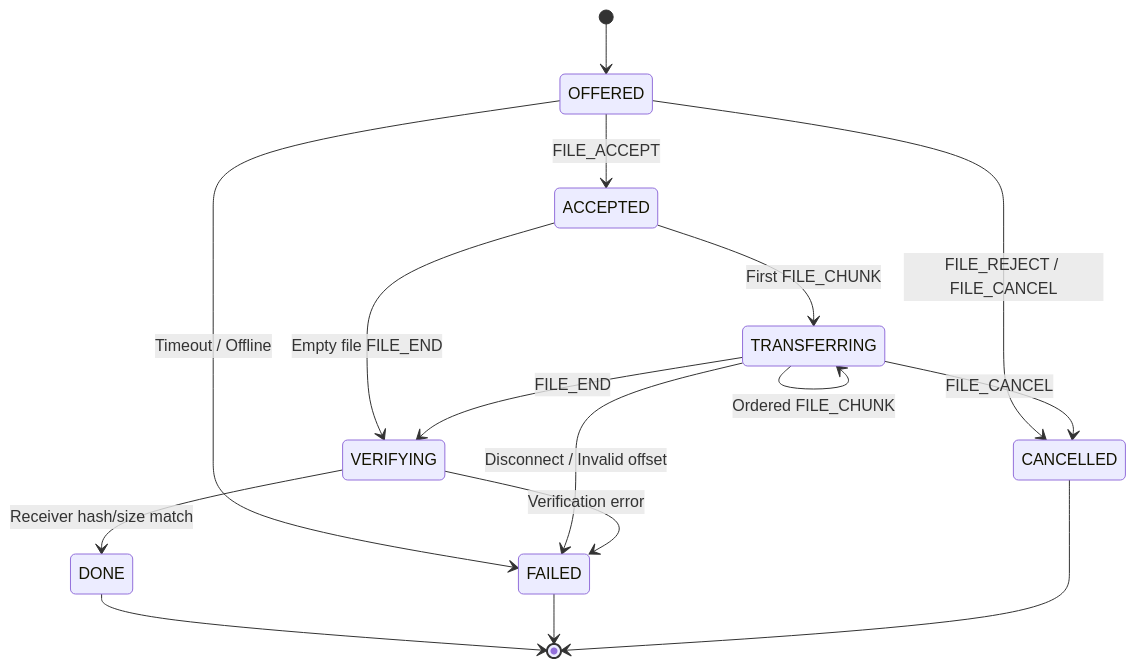
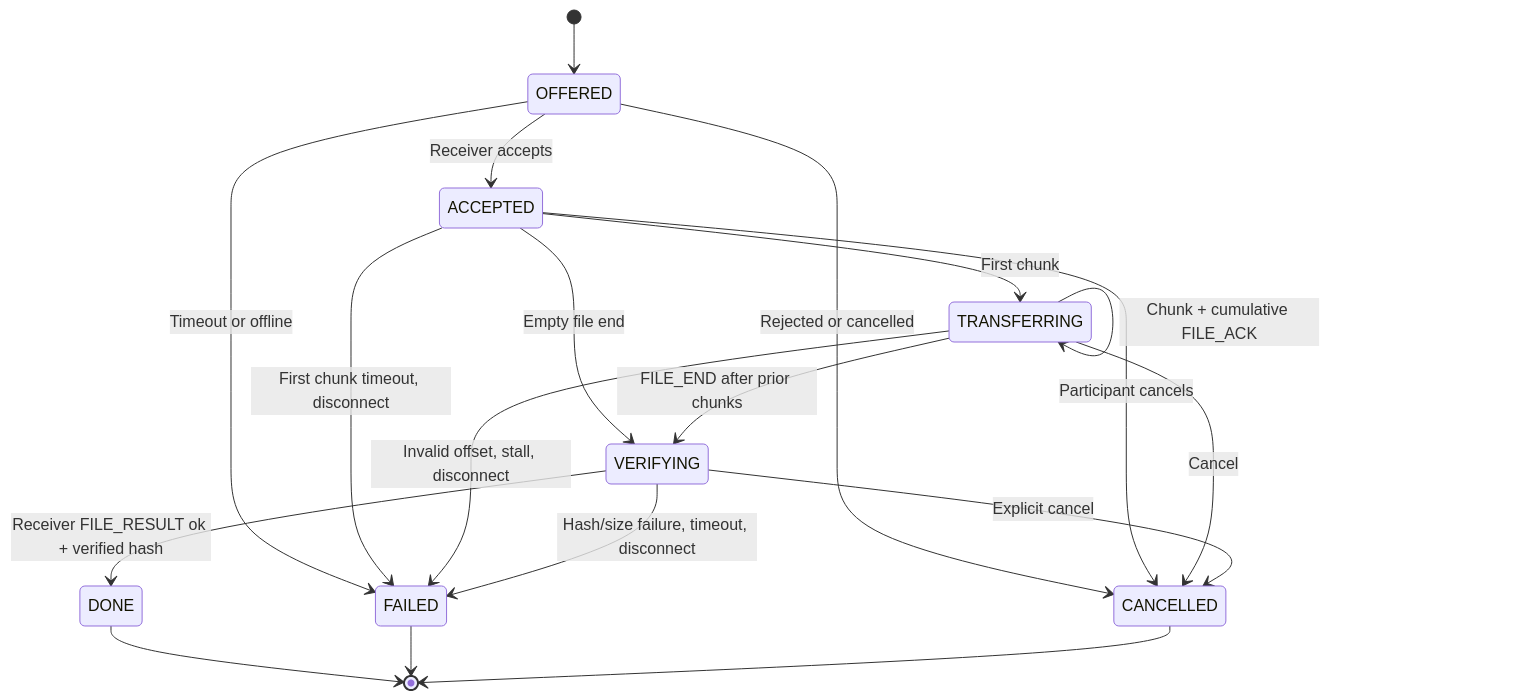
The second of 2 diagrams in docs/diagrams/file-transfer.md (1K-Keem/lan-collab), drawn with Mermaid before and after one commit. The commit also changed other lines of this file and 13 other files, not shown here.

Commit message:
docs(test): synchronize v1.1 diagrams, schema catalog and mock fixtures

````diff
--- a/docs/diagrams/file-transfer.md
+++ b/docs/diagrams/file-transfer.md
@@ -43,18 +45,21 @@
 ```mermaid
 stateDiagram-v2
     [*] --> OFFERED
-    OFFERED --> ACCEPTED: FILE_ACCEPT
-    OFFERED --> CANCELLED: FILE_REJECT / FILE_CANCEL
-    OFFERED --> FAILED: Timeout / Offline
-    ACCEPTED --> TRANSFERRING: First FILE_CHUNK
-    ACCEPTED --> VERIFYING: Empty file FILE_END
-    TRANSFERRING --> TRANSFERRING: Ordered FILE_CHUNK
-    TRANSFERRING --> VERIFYING: FILE_END
-    TRANSFERRING --> CANCELLED: FILE_CANCEL
-    TRANSFERRING --> FAILED: Disconnect / Invalid offset
-    VERIFYING --> DONE: Receiver hash/size match
-    VERIFYING --> FAILED: Verification error
+    OFFERED --> ACCEPTED: Receiver accepts
+    OFFERED --> CANCELLED: Rejected or cancelled
+    OFFERED --> FAILED: Timeout or offline
+    ACCEPTED --> TRANSFERRING: First chunk
+    ACCEPTED --> VERIFYING: Empty file end
+    ACCEPTED --> CANCELLED: Participant cancels
+    ACCEPTED --> FAILED: First chunk timeout, disconnect
+    TRANSFERRING --> TRANSFERRING: Chunk + cumulative FILE_ACK
+    TRANSFERRING --> VERIFYING: FILE_END after prior chunks
+    TRANSFERRING --> CANCELLED: Cancel
+    TRANSFERRING --> FAILED: Invalid offset, stall, disconnect
+    VERIFYING --> DONE: Receiver FILE_RESULT ok + verified hash
+    VERIFYING --> FAILED: Hash/size failure, timeout, disconnect
+    VERIFYING --> CANCELLED: Explicit cancel
     DONE --> [*]
     FAILED --> [*]
     CANCELLED --> [*]
 ```
````
